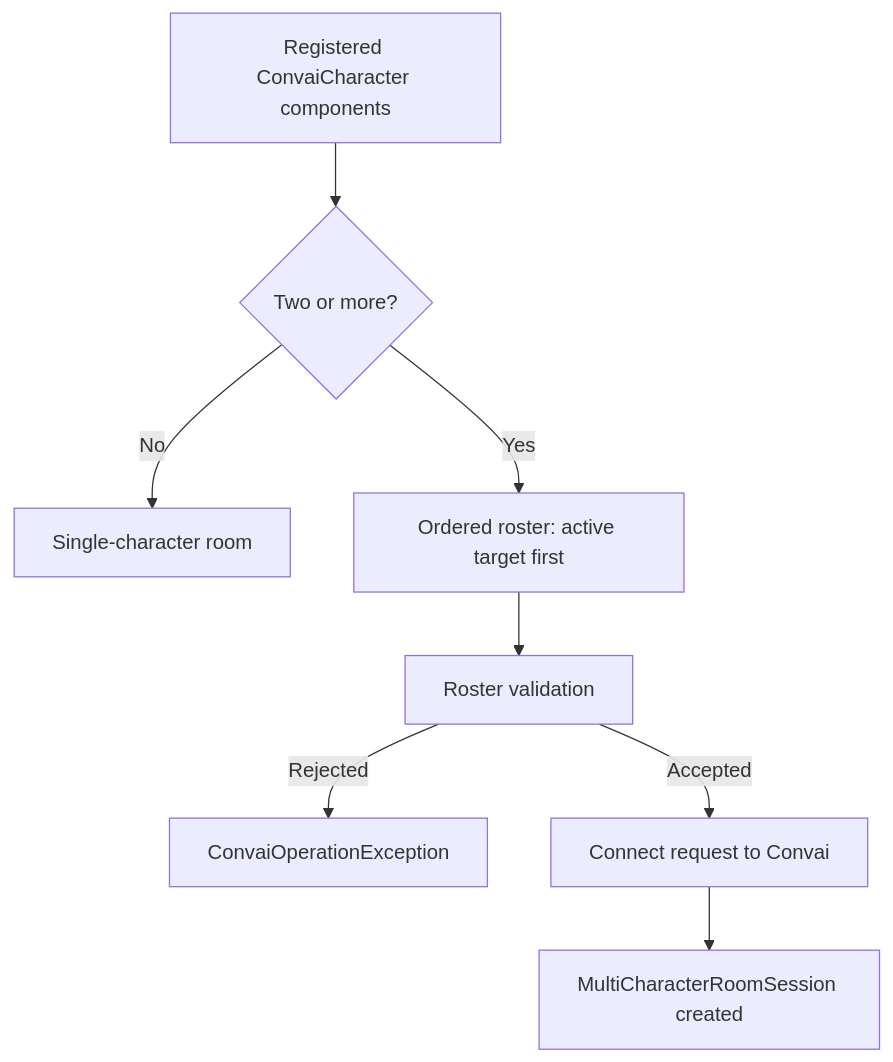
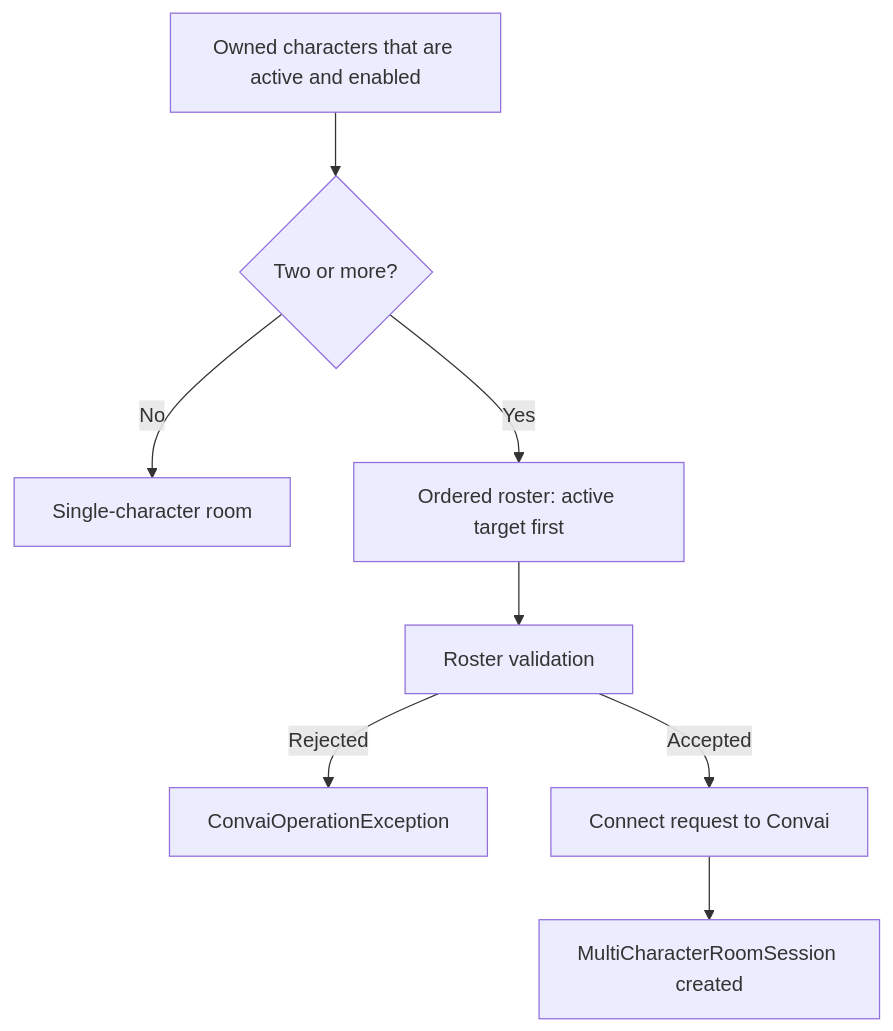
The diagram in plugins-and-integrations/convai-unity-sdk/features/multi-character-sessions/how-multi-character-sessions-work.md (Conv-AI/Convai-Documentation), drawn with Mermaid before and after one commit. The commit also changed other lines of this file and 6 other files, not shown here.

````diff
--- a/plugins-and-integrations/convai-unity-sdk/features/multi-character-sessions/how-multi-character-sessions-work.md
+++ b/plugins-and-integrations/convai-unity-sdk/features/multi-character-sessions/how-multi-character-sessions-work.md
@@ -28,10 +57,10 @@
 ```mermaid
 graph TD
-    A["Registered ConvaiCharacter components"] --> B{"Two or more?"}
+    A["Owned characters that are active and enabled"] --> B{"Two or more?"}
     B -- "No" --> C["Single-character room"]
     B -- "Yes" --> D["Ordered roster: active target first"]
     D --> E["Roster validation"]
     E -- "Rejected" --> F["ConvaiOperationException"]
     E -- "Accepted" --> G["Connect request to Convai"]
     G --> H["MultiCharacterRoomSession created"]
 ```
````
